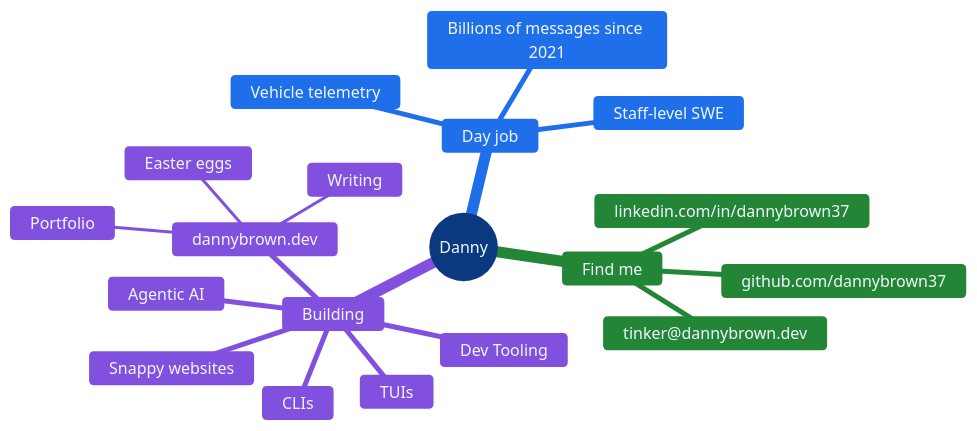
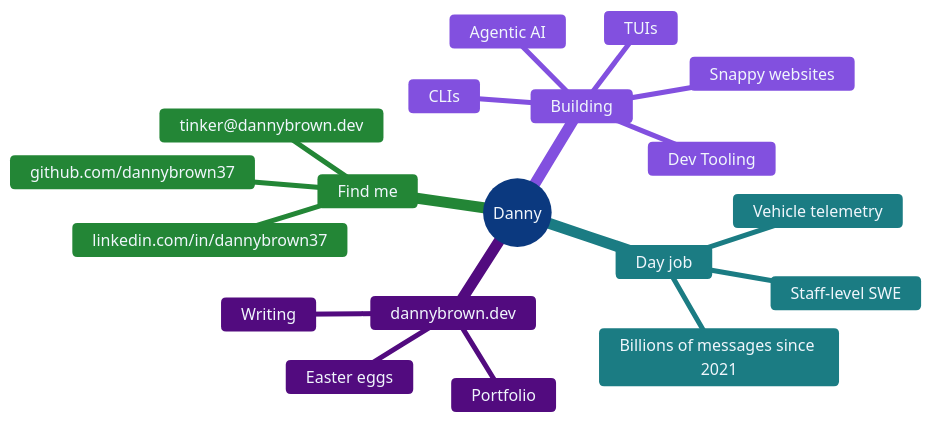
One commit to dannybrown37/dannybrown37 changed the diagram in README.md. Above: the diagram before and after it, drawn with Mermaid. The commit also changed other lines of this file, not shown here.

Commit message:
fix: another color, make portfolio site a top-level node

````diff
--- a/README.md
+++ b/README.md
@@ -7,29 +5,29 @@
 ```mermaid
 %%{init: {'theme':'base', 'themeVariables': {
   'primaryColor':'#1f6feb','primaryTextColor':'#f0f6fc','primaryBorderColor':'#58a6ff',
   'lineColor':'#8b949e','textColor':'#f0f6fc','fontSize':'16px',
-  'cScale0':'#1f6feb','cScale1':'#238636','cScale2':'#8250df','cScale3':'#1f6feb',
+  'cScale0':'#1f6feb','cScale1':'#238636','cScale2':'#8250df','cScale3':'#1b7c83',
   'cScaleLabel0':'#f0f6fc','cScaleLabel1':'#f0f6fc','cScaleLabel2':'#f0f6fc','cScaleLabel3':'#f0f6fc'
 }}}%%
 mindmap
   root((Danny))
     Find me
       github.com/dannybrown37
       linkedin.com/in/dannybrown37
       tinker@dannybrown.dev
     Building
       CLIs
       TUIs
       Snappy websites
       Agentic AI
       Dev Tooling
-      dannybrown.dev
-        Writing
-        Portfolio
-        Easter eggs
     Day job
       Vehicle telemetry
       Billions of messages since 2021
       Staff-level SWE
+    dannybrown.dev
+      Writing
+      Portfolio
+      Easter eggs
 
 ```
````
